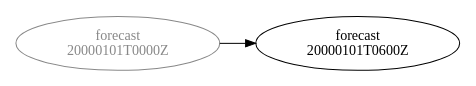
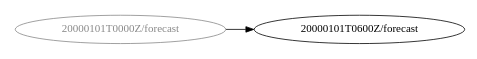
One commit to cylc/cylc-doc changed the fifth of 5 diagrams in src/tutorial/scheduling/datetime-cycling.rst. Above: the diagram before and after it, drawn with Graphviz. The commit also changed other lines of this file, not shown here.

```diff
--- a/src/tutorial/scheduling/datetime-cycling.rst
+++ b/src/tutorial/scheduling/datetime-cycling.rst
@@ -589,13 +596,13 @@
       .. digraph:: example
         :align: center
 
          size = "4,1"
          rankdir=LR
 
-         "forecast.t00" [label="forecast\n20000101T0000Z"
+         "forecast.t00" [label="20000101T0000Z/forecast"
                          color="#888888"
                          fontcolor="#888888"]
-         "forecast.t06" [label="forecast\n20000101T0600Z"]
+         "forecast.t06" [label="20000101T0600Z/forecast"]
 
 
          "forecast.t00" -> "forecast.t06"
```
